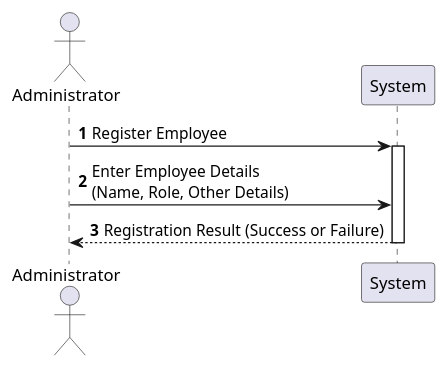
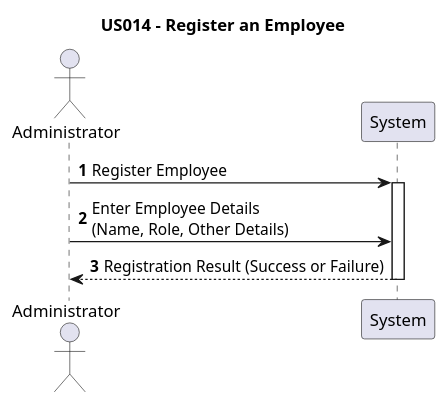
Before and after one commit to tbarracha/upskill-pds-software-development-project-Tiago: the diagram in src/doc/global/User Stories/US014/US014.puml, drawn with PlantUML. The commit also changed 12 other files, not shown here.

```diff
--- a/src/doc/global/User Stories/US014/US014.puml
+++ b/src/doc/global/User Stories/US014/US014.puml
@@ -1,15 +1,16 @@
 @startuml
+title US014 - Register an Employee
 autonumber
 actor Administrator as Admin
 
 Admin -> System: Register Employee
 activate System
 
 ' Administrator provides details for the employee
 Admin -> System: Enter Employee Details\n(Name, Role, Other Details)
 
 ' System processes the request and confirms the employee registration
 System --> Admin: Registration Result (Success or Failure)
 
 deactivate System
 @enduml
```
